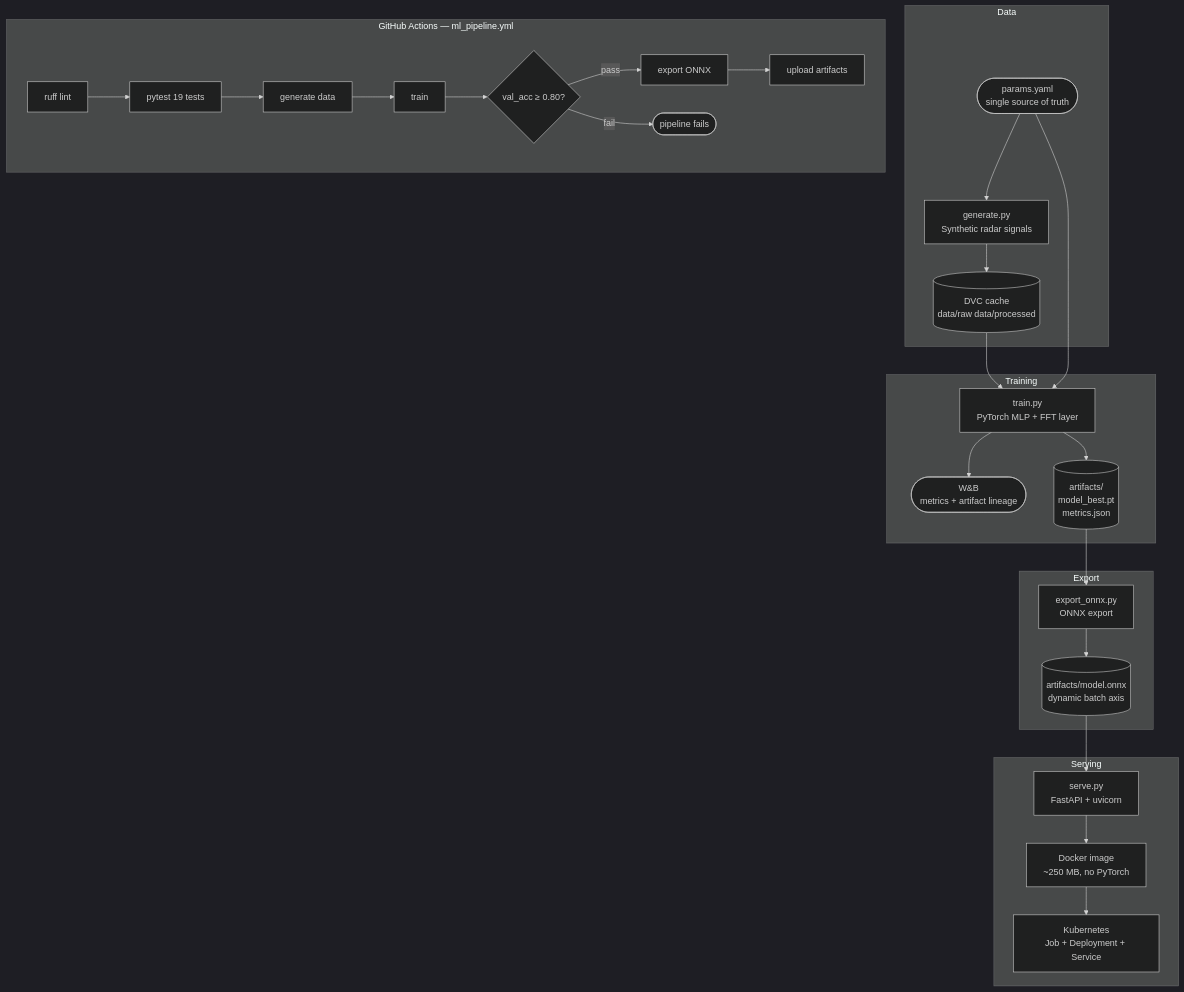
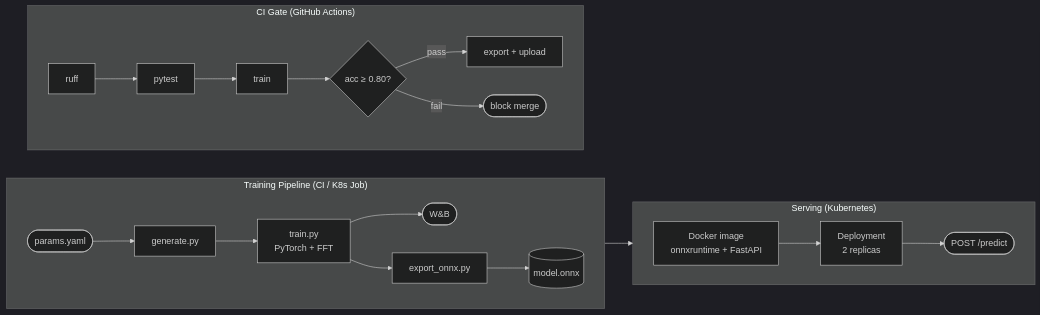
Before and after one commit to Michael-Bach/weibel-mlops-demo: the diagram in README.md, drawn with Mermaid (dark theme). The commit also changed other lines of this file, not shown here.

Commit message:
docs: fix architecture diagram to show training and serving as separate pipelines

````diff
--- a/README.md
+++ b/README.md
@@ -10,38 +10,29 @@
 ```mermaid
-flowchart TD
-    P([params.yaml\nsingle source of truth])
+flowchart LR
+    P([params.yaml])
 
-    subgraph Data
-        P --> G[generate.py\nSynthetic radar signals]
-        G --> DVC[(DVC cache\ndata/raw  data/processed)]
+    subgraph train ["Training Pipeline (CI / K8s Job)"]
+        direction LR
+        P --> G[generate.py]
+        G --> T[train.py\nPyTorch + FFT]
+        T --> WB([W&B])
+        T --> X[export_onnx.py]
+        X --> O[(model.onnx)]
     end
 
-    subgraph Training
-        DVC --> T[train.py\nPyTorch MLP + FFT layer]
-        P --> T
-        T --> WB([W&B\nmetrics + artifact lineage])
-        T --> M[(artifacts/\nmodel_best.pt\nmetrics.json)]
+    subgraph serve ["Serving (Kubernetes)"]
+        direction LR
+        O --> D[Docker image\nonnxruntime + FastAPI]
+        D --> K[Deployment\n2 replicas]
+        K --> API([POST /predict])
     end
 
-    subgraph Export
-        M --> X[export_onnx.py\nONNX export]
-        X --> O[(artifacts/model.onnx\ndynamic batch axis)]
-    end
-
-    subgraph Serving
-        O --> S[serve.py\nFastAPI + uvicorn]
-        S --> D[Docker image\n~250 MB, no PyTorch]
-        D --> K[Kubernetes\nJob + Deployment + Service]
-    end
-
-    subgraph CI["GitHub Actions — ml_pipeline.yml"]
+    subgraph ci ["CI Gate (GitHub Actions)"]
         direction LR
-        L[ruff lint] --> UT[pytest 19 tests]
-        UT --> GD[generate data]
-        GD --> TR[train]
-        TR --> EV{val_acc ≥ 0.80?}
-        EV -->|pass| EX[export ONNX]
-        EV -->|fail| STOP([pipeline fails])
-        EX --> UP[upload artifacts]
+        L[ruff] --> UT[pytest]
+        UT --> TR[train]
+        TR --> EV{acc ≥ 0.80?}
+        EV -->|pass| EX[export + upload]
+        EV -->|fail| STOP([block merge])
     end
 ```
````
